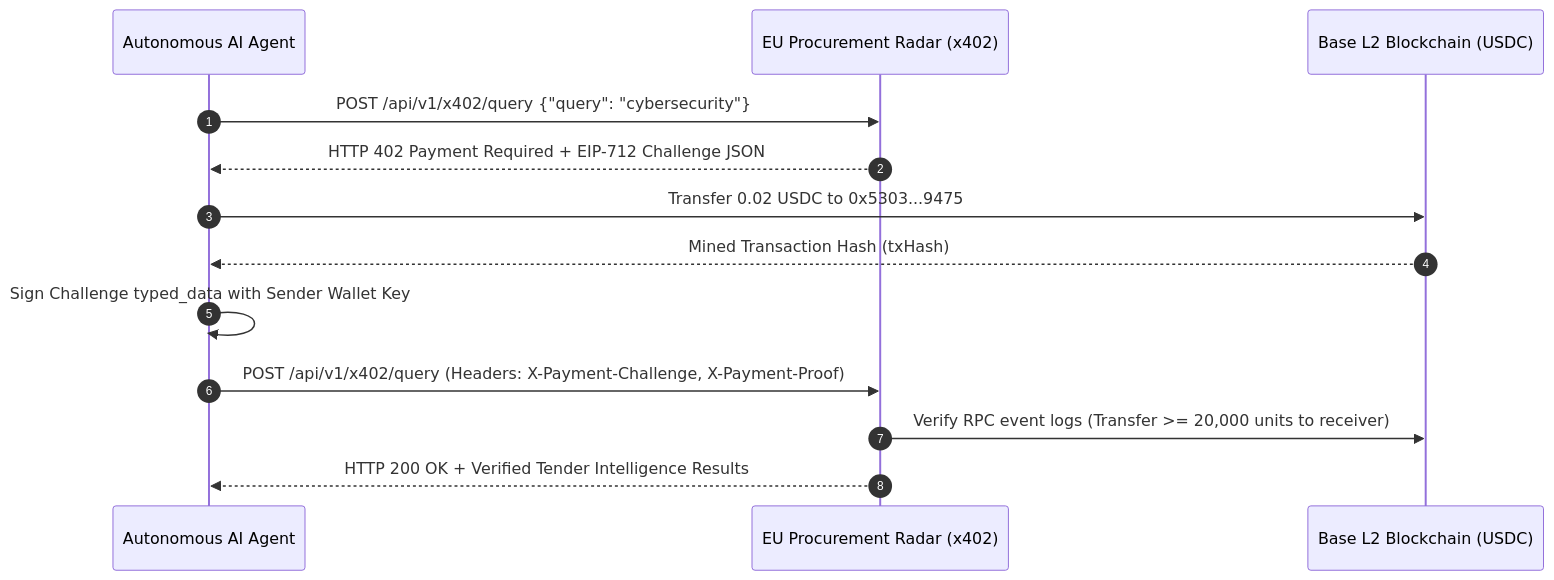
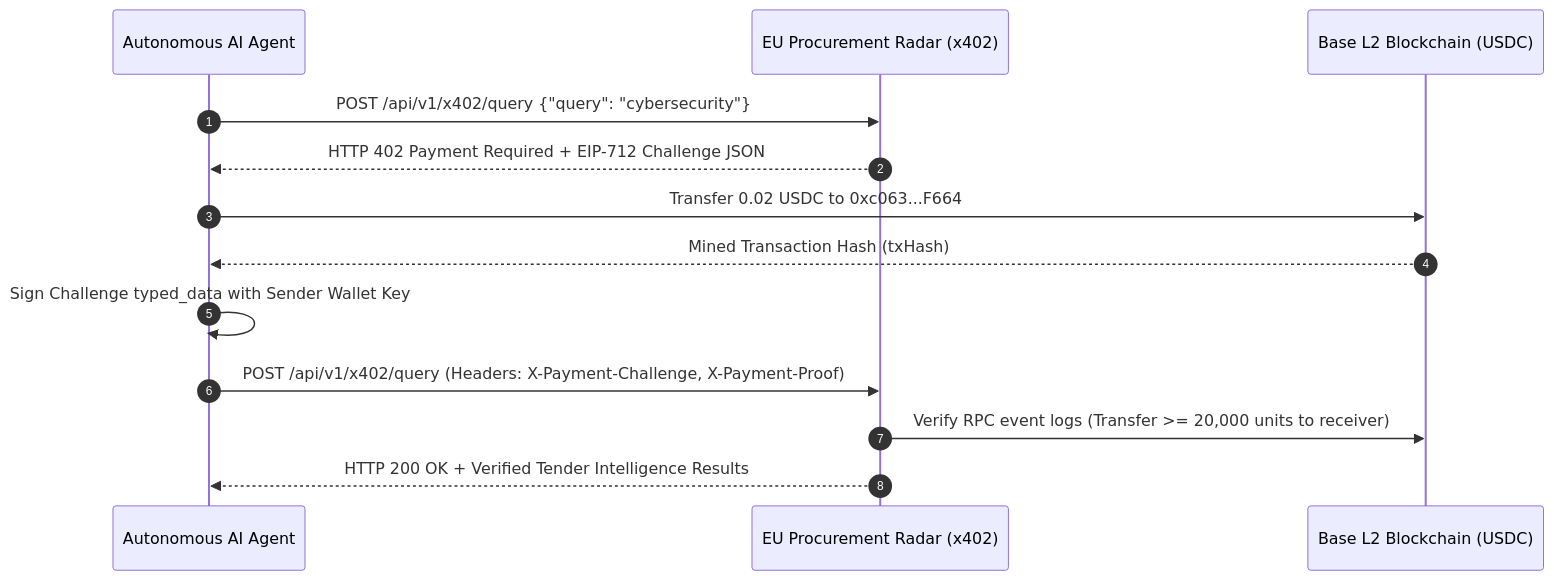
The diagram in README.md (criptobot25/eu-procurement-radar-x402), drawn with Mermaid before and after one commit. The commit also changed other lines of this file and 1 other file, not shown here.

Commit message:
chore: update receiving wallet address to user's personal MetaMask Base wallet

````diff
--- a/README.md
+++ b/README.md
@@ -37,16 +37,16 @@
 ```mermaid
 sequenceDiagram
     autonumber
     participant Agent as Autonomous AI Agent
     participant Radar as EU Procurement Radar (x402)
     participant Base as Base L2 Blockchain (USDC)
 
     Agent->>Radar: POST /api/v1/x402/query {"query": "cybersecurity"}
     Radar-->>Agent: HTTP 402 Payment Required + EIP-712 Challenge JSON
-    Agent->>Base: Transfer 0.02 USDC to 0x5303...9475
+    Agent->>Base: Transfer 0.02 USDC to 0xc063...F664
     Base-->>Agent: Mined Transaction Hash (txHash)
     Agent->>Agent: Sign Challenge typed_data with Sender Wallet Key
     Agent->>Radar: POST /api/v1/x402/query (Headers: X-Payment-Challenge, X-Payment-Proof)
     Radar->>Base: Verify RPC event logs (Transfer >= 20,000 units to receiver)
     Radar-->>Agent: HTTP 200 OK + Verified Tender Intelligence Results
 ```
````
